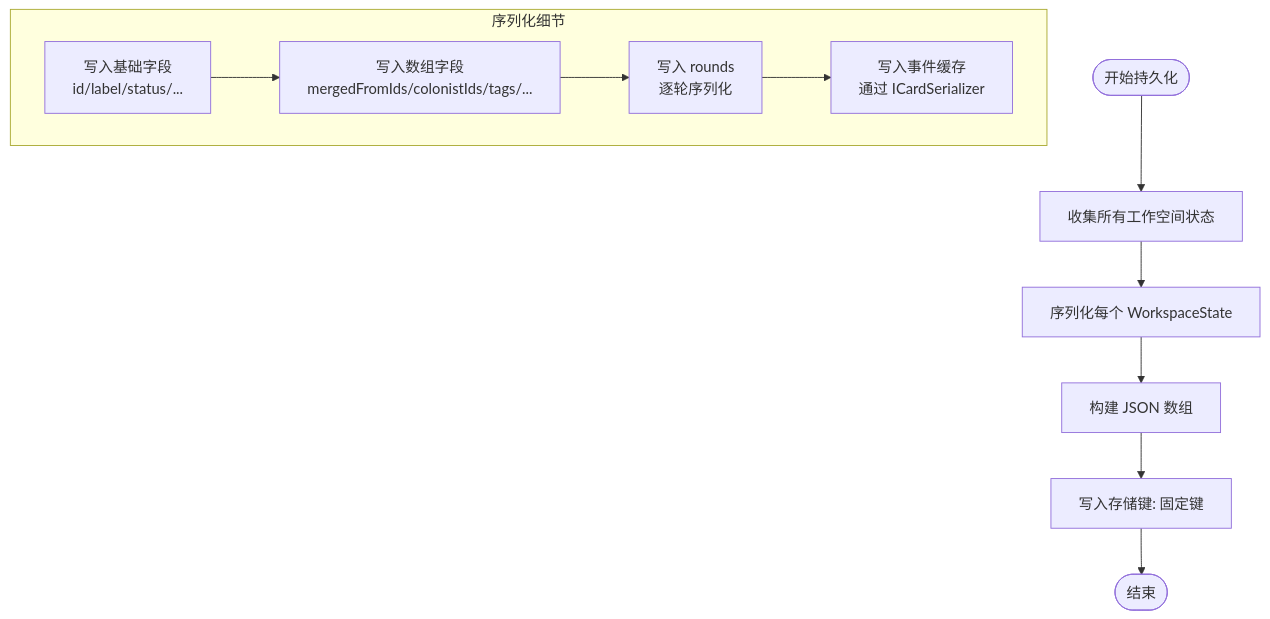
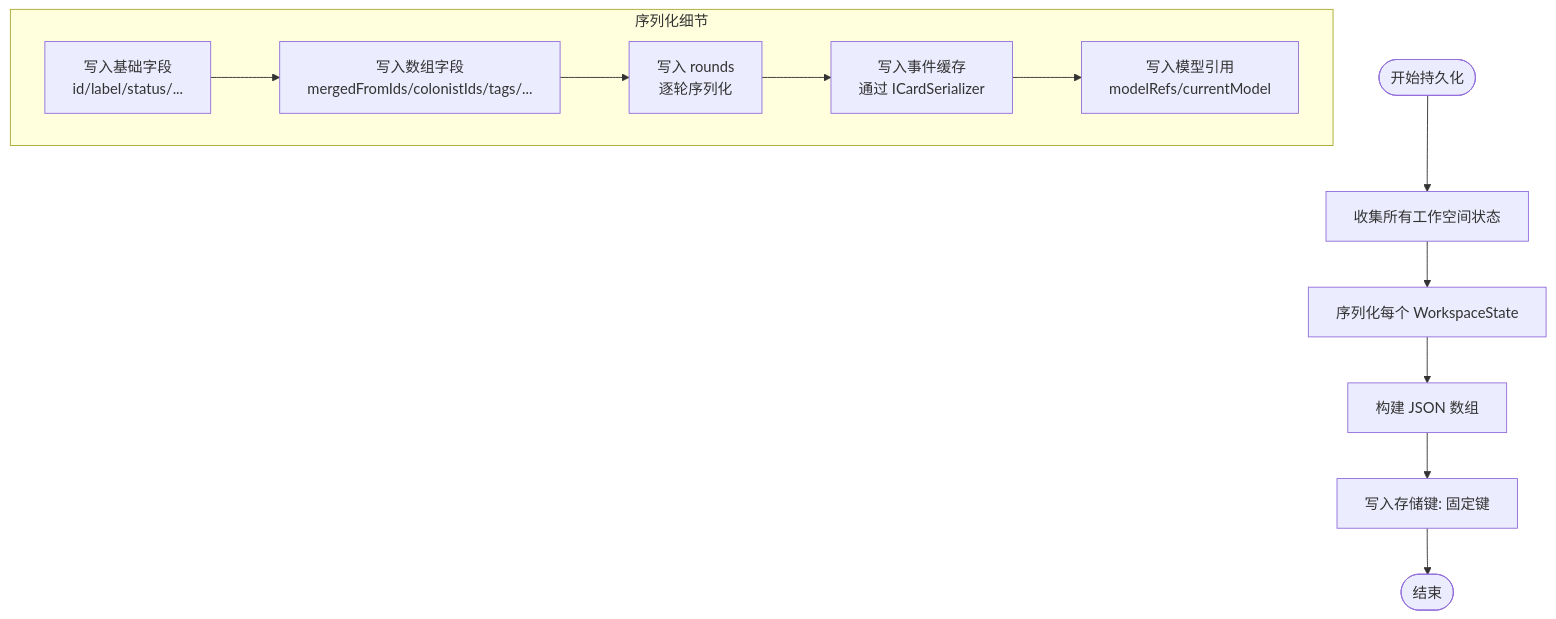
Before and after one commit to suzvka/NPCLife: the third of 8 diagrams in .qoder/repowiki/zh/content/工作空间管理系统/工作空间状态管理.md, drawn with Mermaid. The commit also changed other lines of this file and 11 other files, not shown here.

````diff
--- a/.qoder/repowiki/zh/content/工作空间管理系统/工作空间状态管理.md
+++ b/.qoder/repowiki/zh/content/工作空间管理系统/工作空间状态管理.md
@@ -297,15 +309,16 @@
 ```mermaid
 flowchart TD
 Start(["开始持久化"]) --> Collect["收集所有工作空间状态"]
 Collect --> SerializeWS["序列化每个 WorkspaceState"]
 SerializeWS --> BuildArray["构建 JSON 数组"]
 BuildArray --> Store["写入存储键: 固定键"]
 Store --> End(["结束"])
 subgraph "序列化细节"
 S1["写入基础字段<br/>id/label/status/..."]
 S2["写入数组字段<br/>mergedFromIds/colonistIds/tags/..."]
 S3["写入 rounds<br/>逐轮序列化"]
 S4["写入事件缓存<br/>通过 ICardSerializer"]
-S1 --> S2 --> S3 --> S4
+S5["写入模型引用<br/>modelRefs/currentModel"]
+S1 --> S2 --> S3 --> S4 --> S5
 end
 ```
````
